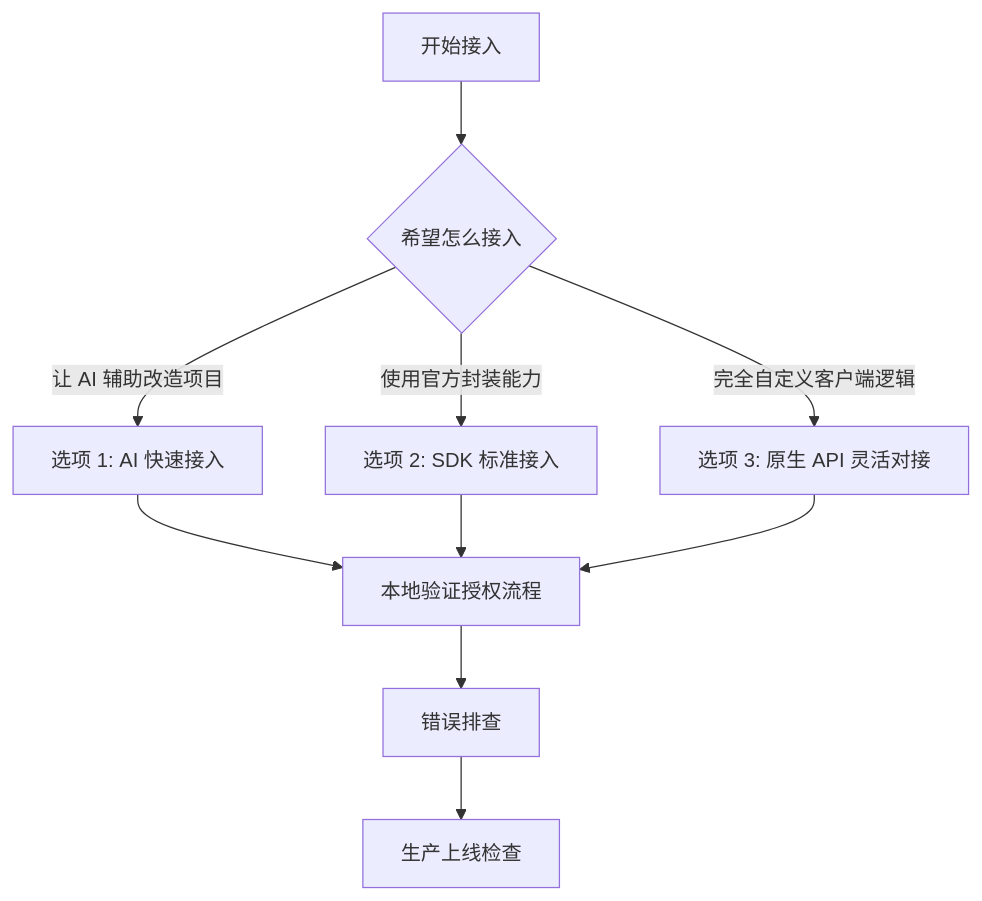
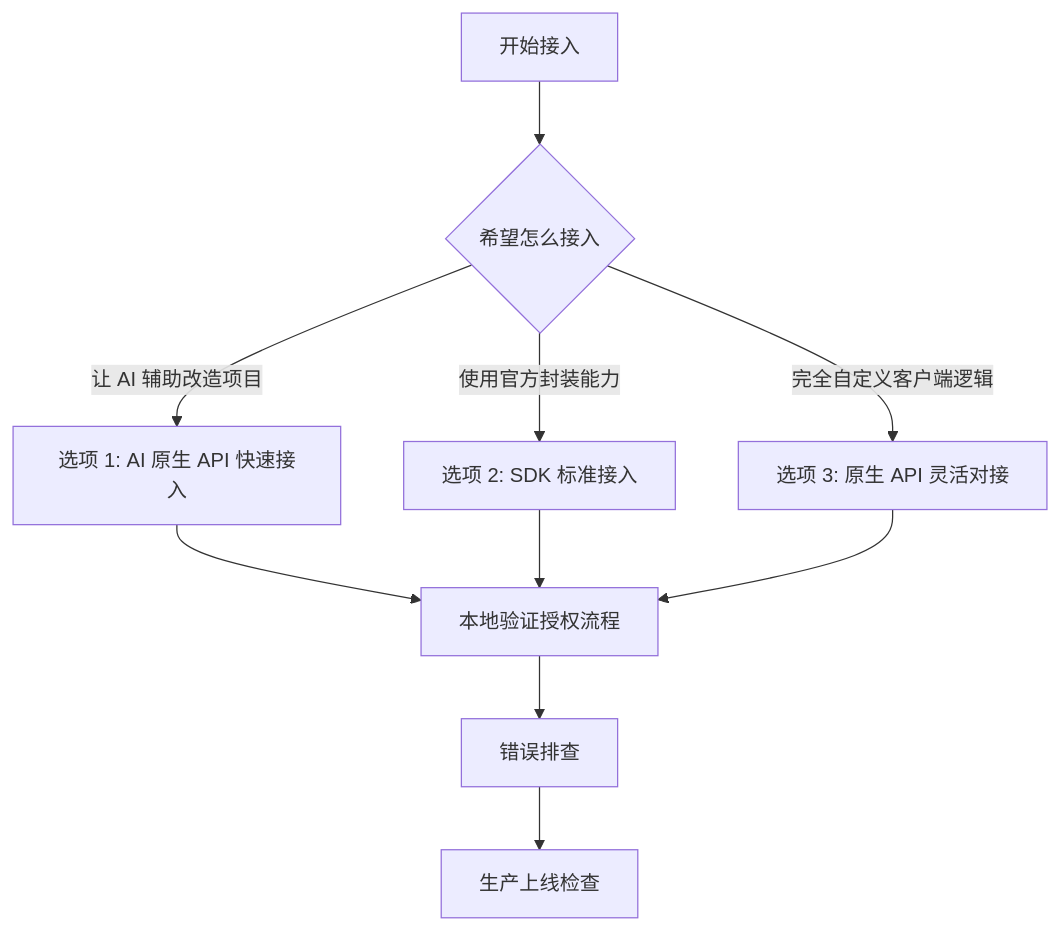
The diagram in docs/developer/index.md (cedar-v/license-manager-docs), drawn with Mermaid before and after one commit. The commit also changed other lines of this file and 7 other files, not shown here.

````diff
--- a/docs/developer/index.md
+++ b/docs/developer/index.md
@@ -25,12 +25,12 @@
 ```mermaid
 flowchart TD
     A[开始接入] --> B{希望怎么接入}
-    B -->|让 AI 辅助改造项目| C[选项 1: AI 快速接入]
+    B -->|让 AI 辅助改造项目| C[选项 1: AI 原生 API 快速接入]
     B -->|使用官方封装能力| D[选项 2: SDK 标准接入]
     B -->|完全自定义客户端逻辑| E[选项 3: 原生 API 灵活对接]
     C --> F[本地验证授权流程]
     D --> F
     E --> F
     F --> G[错误排查]
     G --> H[生产上线检查]
 ```
````
